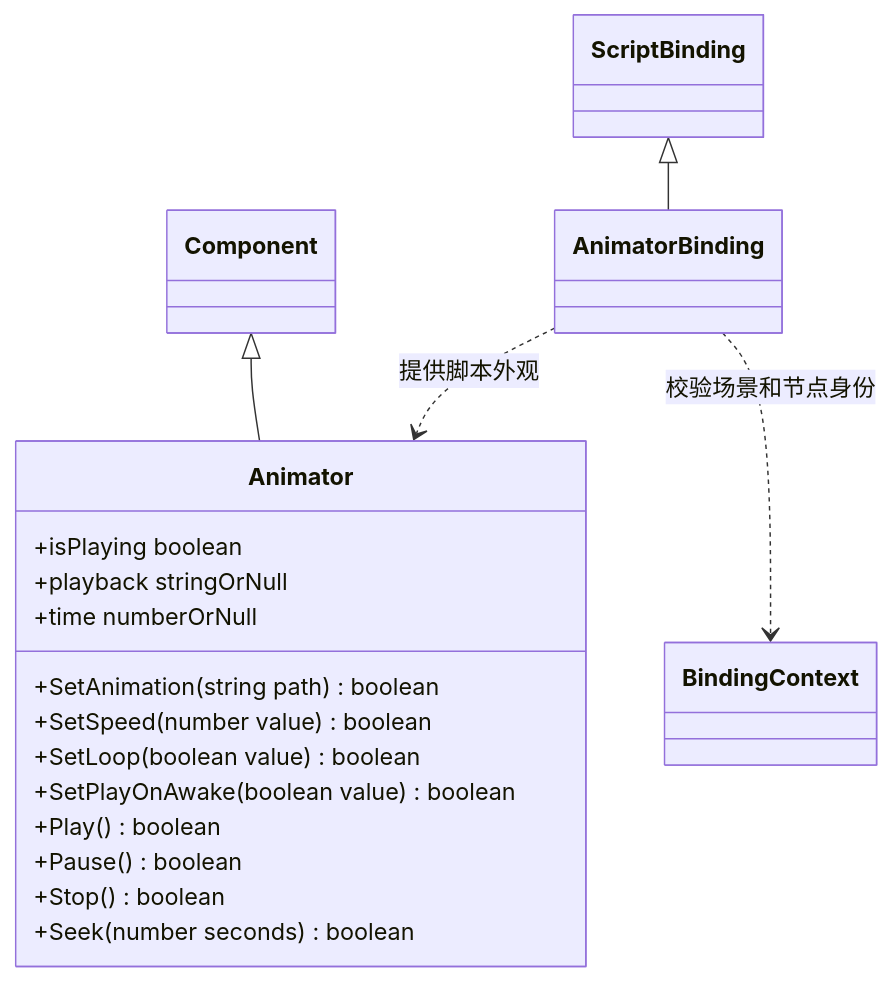
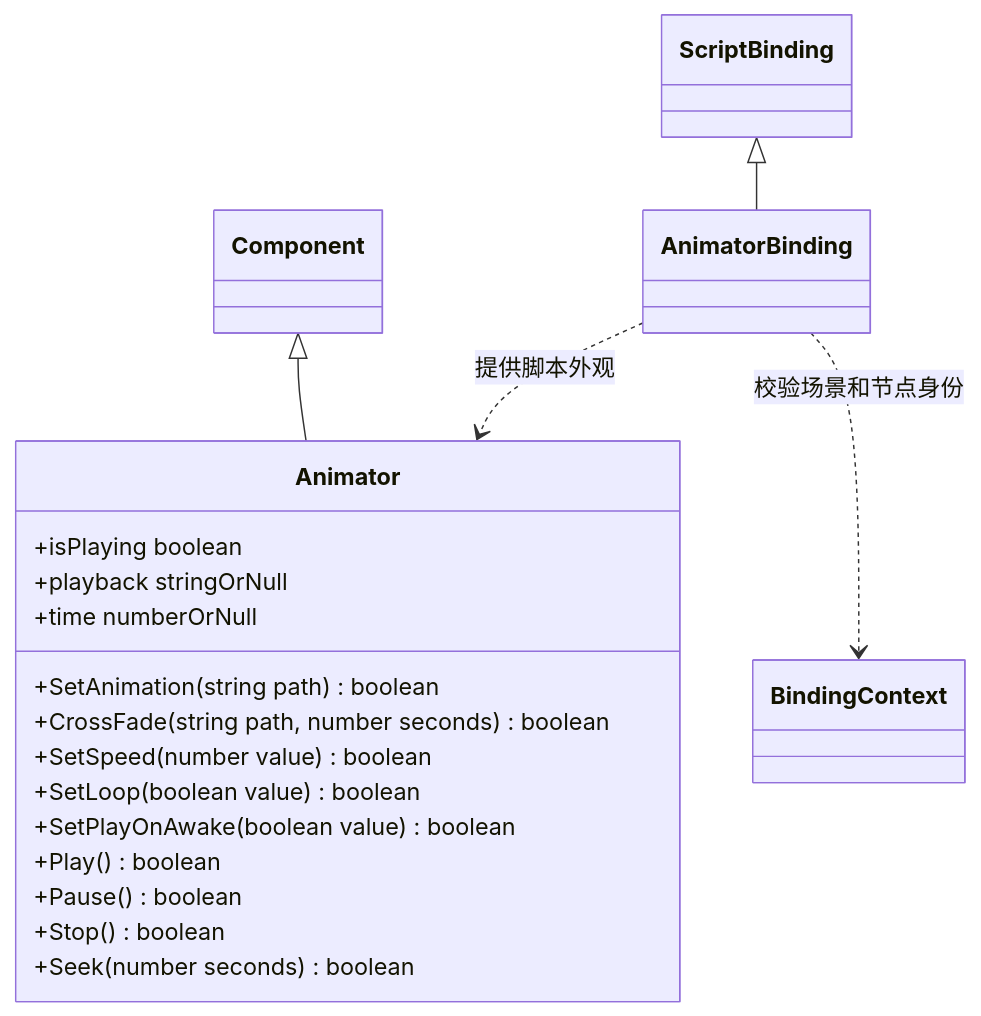
Before and after one commit to lcals/Engine: the diagram in docs/plugins/runtime/class-diagrams/animation-script-api.md, drawn with Mermaid. The commit also changed other lines of this file and 49 other files, not shown here.

````diff
--- a/docs/plugins/runtime/class-diagrams/animation-script-api.md
+++ b/docs/plugins/runtime/class-diagrams/animation-script-api.md
@@ -5,24 +5,25 @@
 ```mermaid
 classDiagram
     class Component
     class Animator {
         +SetAnimation(string path) boolean
+        +CrossFade(string path, number seconds) boolean
         +SetSpeed(number value) boolean
         +SetLoop(boolean value) boolean
         +SetPlayOnAwake(boolean value) boolean
         +Play() boolean
         +Pause() boolean
         +Stop() boolean
         +Seek(number seconds) boolean
         +isPlaying boolean
         +playback stringOrNull
         +time numberOrNull
     }
     class AnimatorBinding
     class ScriptBinding
     class BindingContext
     Component <|-- Animator
     ScriptBinding <|-- AnimatorBinding
     AnimatorBinding ..> Animator : 提供脚本外观
     AnimatorBinding ..> BindingContext : 校验场景和节点身份
 ```
````
